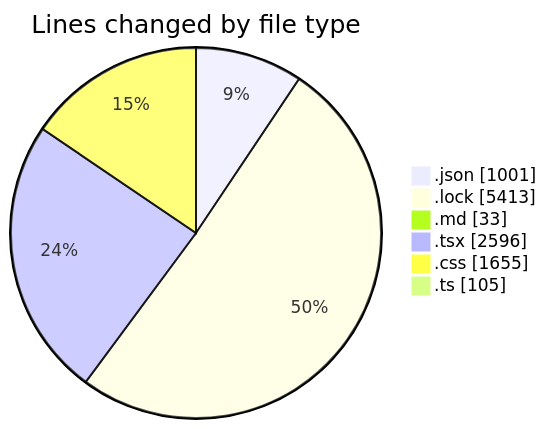
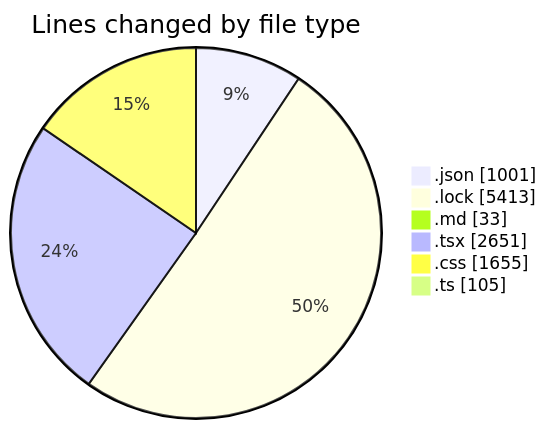
Before and after one commit to EIIisD/code-tracking: the first of 2 diagrams in 2025-08-11/ribbon/README.md, drawn with Mermaid. The commit also changed other lines of this file and 1 other file, not shown here.

````diff
--- a/2025-08-11/ribbon/README.md
+++ b/2025-08-11/ribbon/README.md
@@ -44,10 +44,10 @@
 ```mermaid
 pie showData
 title Lines changed by file type
 ".json" : 1001
 ".lock" : 5413
 ".md" : 33
-".tsx" : 2596
+".tsx" : 2651
 ".css" : 1655
 ".ts" : 105
 ```
````
